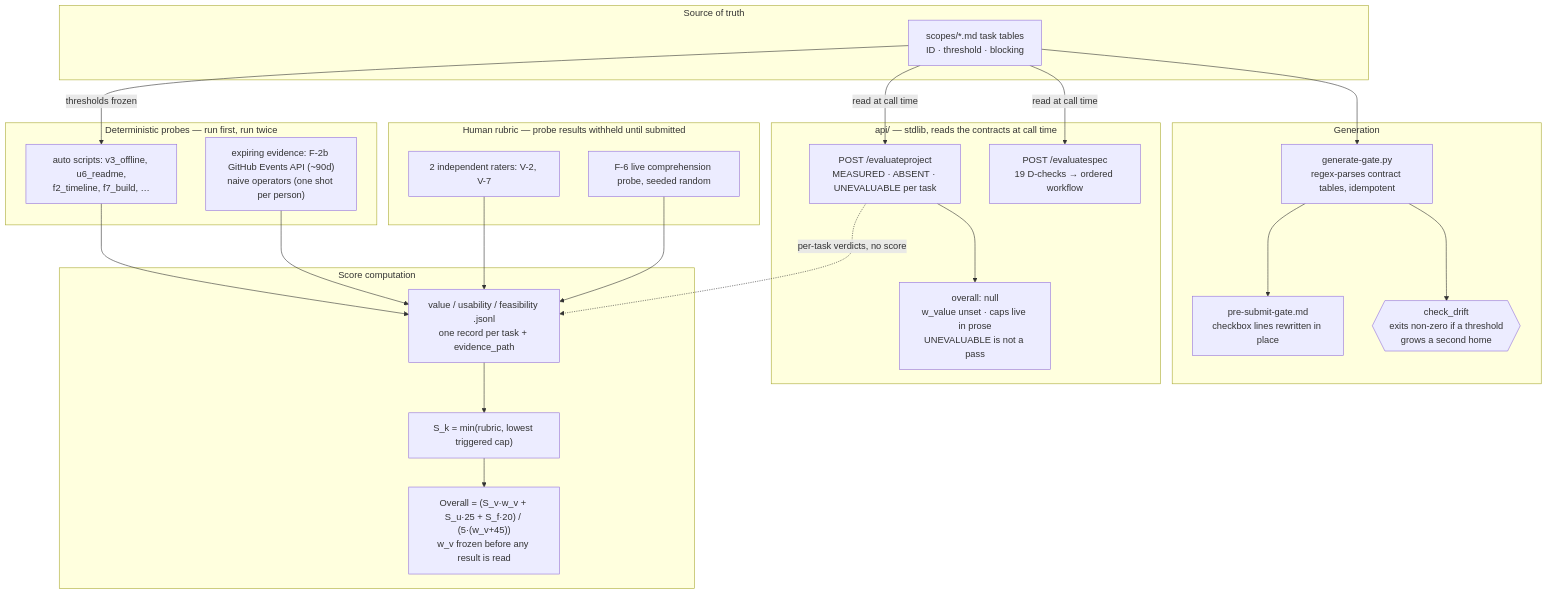
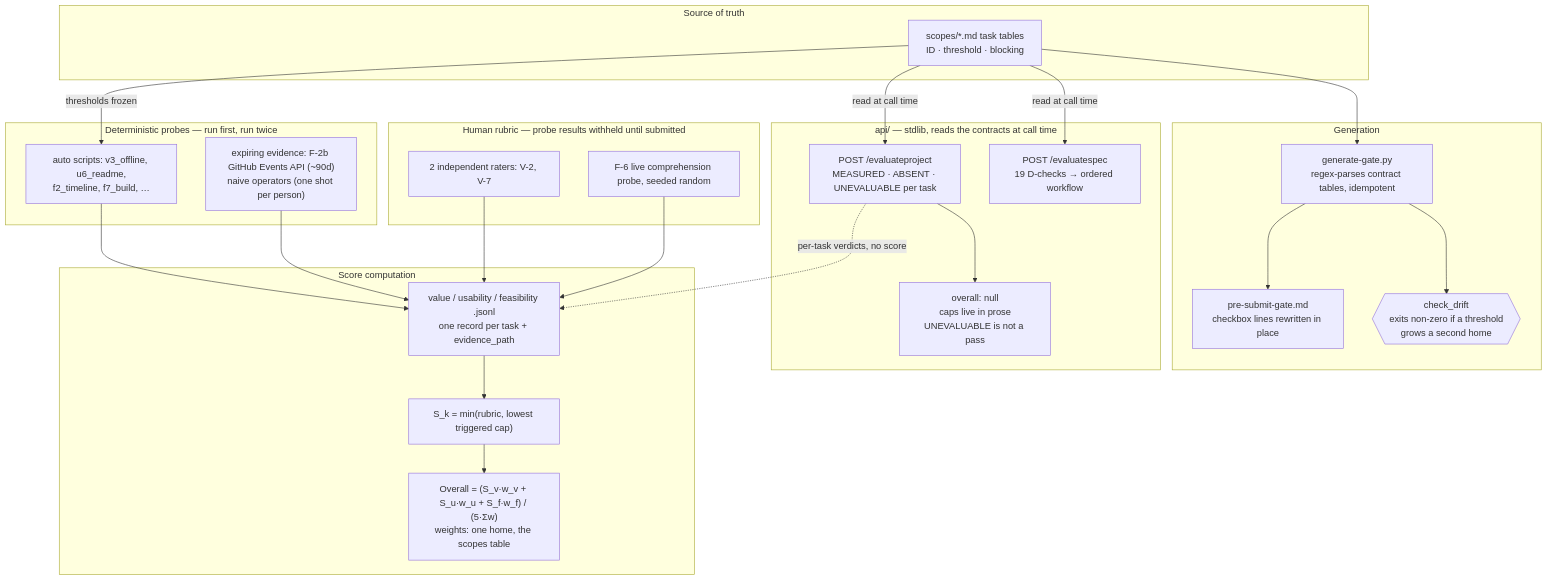
One commit to ishamishra0408/WinningHackProjects changed the second of 2 diagrams in README.md. Above: the diagram before and after it, drawn with Mermaid. The commit also changed other lines of this file and 10 other files, not shown here.

First line of the commit message:
Set the scope weights: Value 30, Usability 30, Feasibility 40

````diff
--- a/README.md
+++ b/README.md
@@ -98,47 +98,47 @@
 ```mermaid
 flowchart TD
     subgraph SSOT["Source of truth"]
         C[scopes/*.md task tables<br/>ID · threshold · blocking]
     end
 
     subgraph Generation
         GG[generate-gate.py<br/>regex-parses contract tables, idempotent]
         PSG[pre-submit-gate.md<br/>checkbox lines rewritten in place]
         DRIFT{{check_drift<br/>exits non-zero if a threshold<br/>grows a second home}}
     end
 
     subgraph Probes["Deterministic probes — run first, run twice"]
         AUTO[auto scripts: v3_offline, u6_readme,<br/>f2_timeline, f7_build, …]
         EXP["expiring evidence: F-2b GitHub Events API (~90d)<br/>naive operators (one shot per person)"]
     end
 
     subgraph Humans["Human rubric — probe results withheld until submitted"]
         RAT[2 independent raters: V-2, V-7]
         F6[F-6 live comprehension probe, seeded random]
     end
 
     subgraph Serve["api/ — stdlib, reads the contracts at call time"]
         EP1["POST /evaluateproject<br/>MEASURED · ABSENT · UNEVALUABLE per task"]
         EP2["POST /evaluatespec<br/>19 D-checks → ordered workflow"]
-        REF["overall: null<br/>w_value unset · caps live in prose<br/>UNEVALUABLE is not a pass"]
+        REF["overall: null<br/>caps live in prose<br/>UNEVALUABLE is not a pass"]
     end
 
     subgraph Compute["Score computation"]
         JSONL[value / usability / feasibility .jsonl<br/>one record per task + evidence_path]
         CAPS["S_k = min(rubric, lowest triggered cap)"]
-        OVR["Overall = (S_v·w_v + S_u·25 + S_f·20) / (5·(w_v+45))<br/>w_v frozen before any result is read"]
+        OVR["Overall = (S_v·w_v + S_u·w_u + S_f·w_f) / (5·Σw)<br/>weights: one home, the scopes table"]
     end
 
     C --> GG --> PSG
     GG --> DRIFT
     C -->|read at call time| EP1
     C -->|read at call time| EP2
     EP1 --> REF
     C -->|thresholds frozen| AUTO
     AUTO --> JSONL
     EXP --> JSONL
     RAT --> JSONL
     F6 --> JSONL
     JSONL --> CAPS --> OVR
     EP1 -.->|per-task verdicts, no score| JSONL
 ```
````
